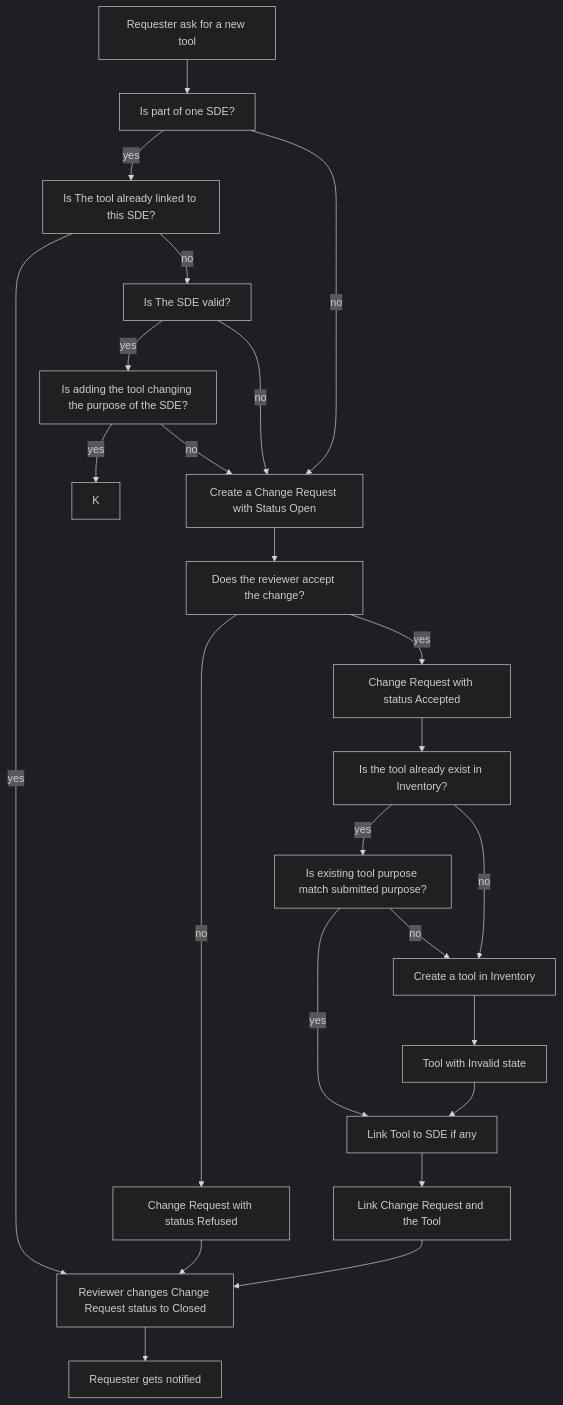
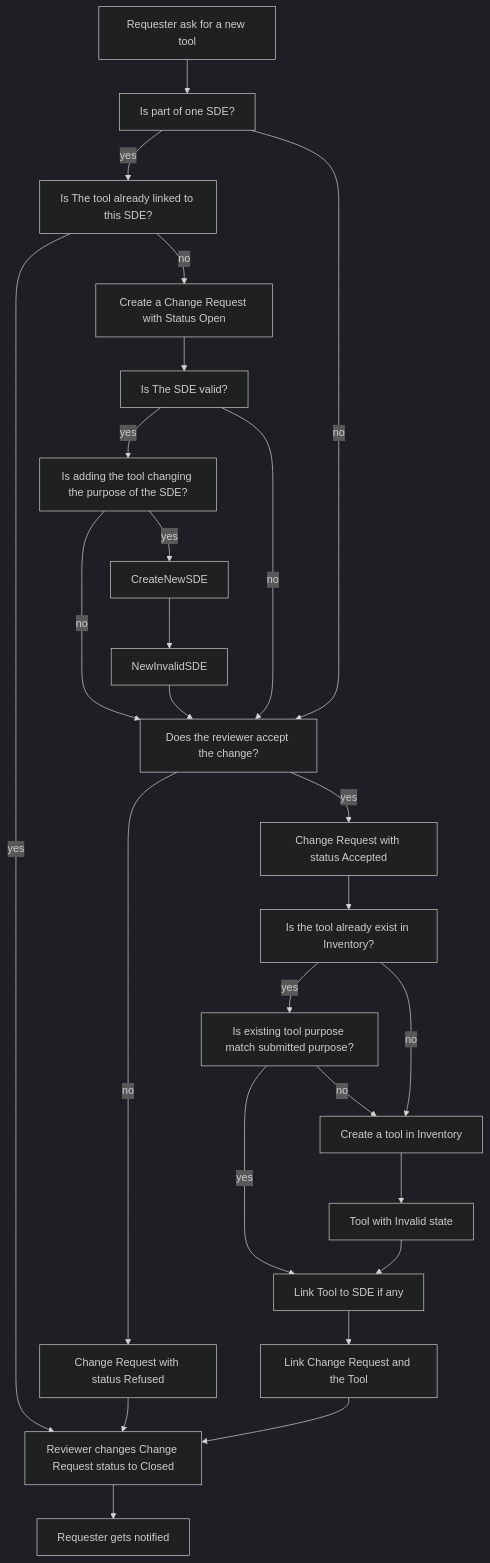
The diagram in backend/doc/change-request-workflow.md (mymichu/koala), drawn with Mermaid (dark theme) before and after one commit.

Commit message:
Create new invalid SDE

````diff
--- a/backend/doc/change-request-workflow.md
+++ b/backend/doc/change-request-workflow.md
@@ -4,26 +4,28 @@
 ```mermaid
 flowchart
 InitialRequest[Requester ask for a new tool] --> IsPartOfSDE[Is part of one SDE?]
 IsPartOfSDE -- "yes" --> IsToolAlreadyLinked[Is The tool already linked to this SDE?]
-IsToolAlreadyLinked -- "no" --> IsValidSDE[Is The SDE valid?]
+IsToolAlreadyLinked -- "no" --> CreateCR["Create a Change Request with Status Open"]
+CreateCR --> IsValidSDE[Is The SDE valid?]
 IsToolAlreadyLinked -- "yes" --> CloseChangeCR
 IsValidSDE -- "yes" --> ValidSDE[Is adding the tool changing the purpose of the SDE?]
-ValidSDE -- "no" --> D
-ValidSDE -- "yes" --> K
-IsValidSDE -- "no" --> D
-IsPartOfSDE -- "no" --> D["Create a Change Request with Status Open"]
-D --> E["Does the reviewer accept the change?"]
+ValidSDE -- "no" --> E
+ValidSDE -- "yes" --> CreateNewSDE
+CreateNewSDE --> NewInvalidSDE
+NewInvalidSDE --> E
+IsValidSDE -- "no" --> E
+IsPartOfSDE -- "no" --> E["Does the reviewer accept the change?"]
 E -- "no" --> Refused[Change Request with status Refused]
 Refused --> CloseChangeCR
 E -- "yes" --> Accepted[Change Request with status Accepted]
 Accepted --> ExistingTool[Is the tool already exist in Inventory?]
 ExistingTool -- "yes" --> CheckExistingToolPurpose["Is existing tool purpose match submitted purpose?"]
 CheckExistingToolPurpose -- "no" --> F
 CheckExistingToolPurpose -- "yes" --> LinkToolToSDE["Link Tool to SDE if any"]
 ExistingTool -- "no" --> F[Create a tool in Inventory]
 F[Create a tool in Inventory] --> InvalidTool[Tool with Invalid state]
 InvalidTool --> LinkToolToSDE
 LinkToolToSDE --> H[Link Change Request and the Tool]
 H --> CloseChangeCR[Reviewer changes Change Request status to Closed]
 CloseChangeCR --> Notif[Requester gets notified]
 ```
````
